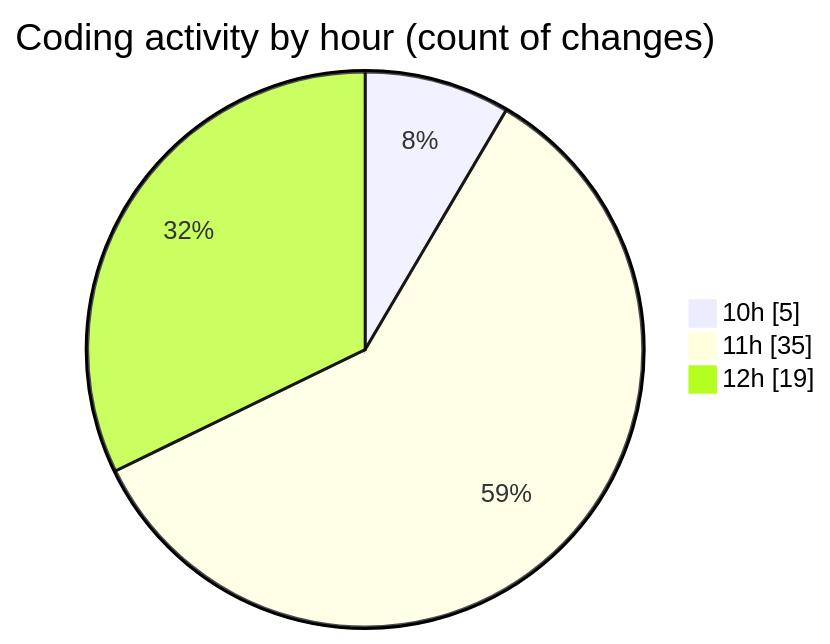
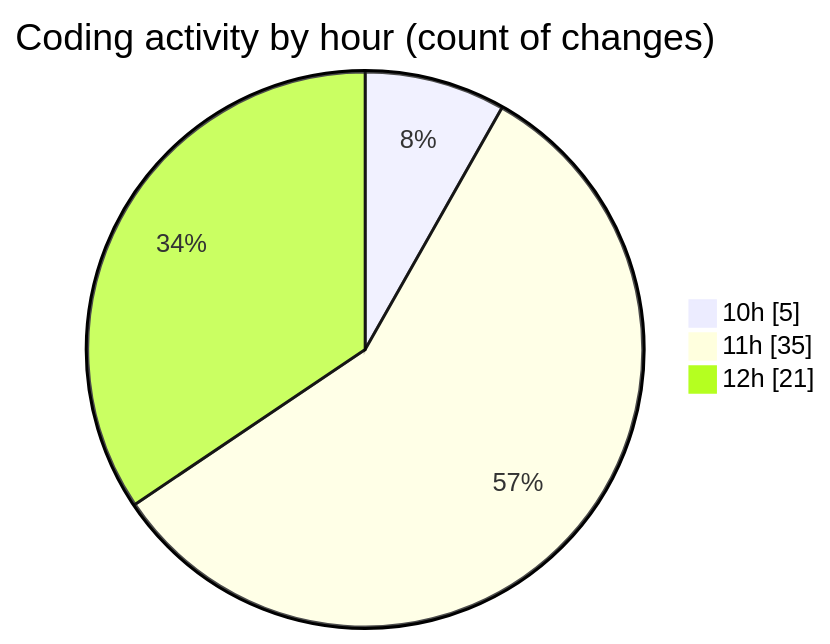
One commit to nxtqubesakshisongat/code-tracking changed the second of 2 diagrams in 2025-09-23/nxtqube_webapp/README.md. Above: the diagram before and after it, drawn with Mermaid. The commit also changed other lines of this file and 1 other file, not shown here.

````diff
--- a/2025-09-23/nxtqube_webapp/README.md
+++ b/2025-09-23/nxtqube_webapp/README.md
@@ -32,7 +32,7 @@
 ```mermaid
 pie showData
 title Coding activity by hour (count of changes)
 "10h" : 5
 "11h" : 35
-"12h" : 19
+"12h" : 21
 ```
````
